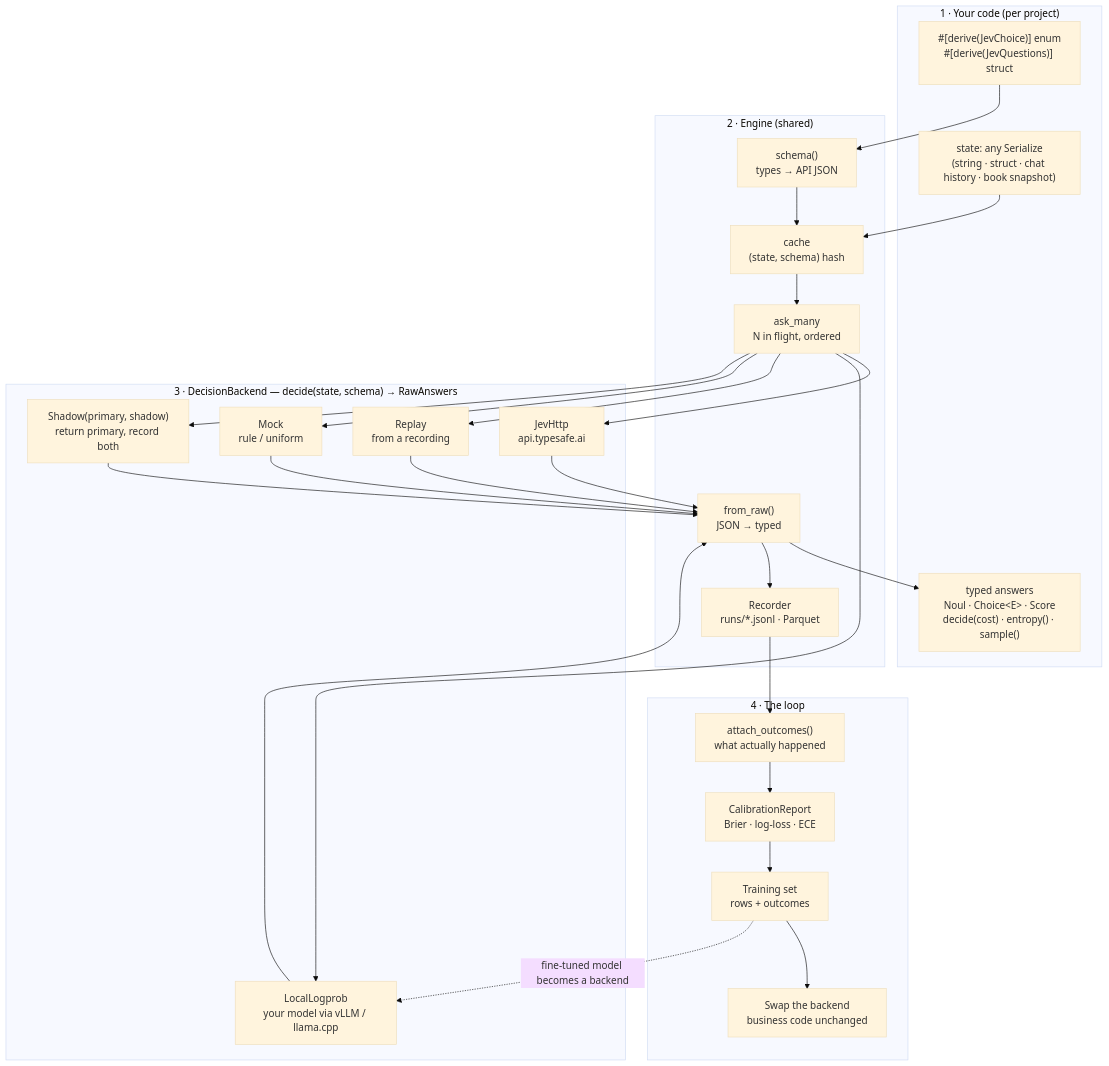
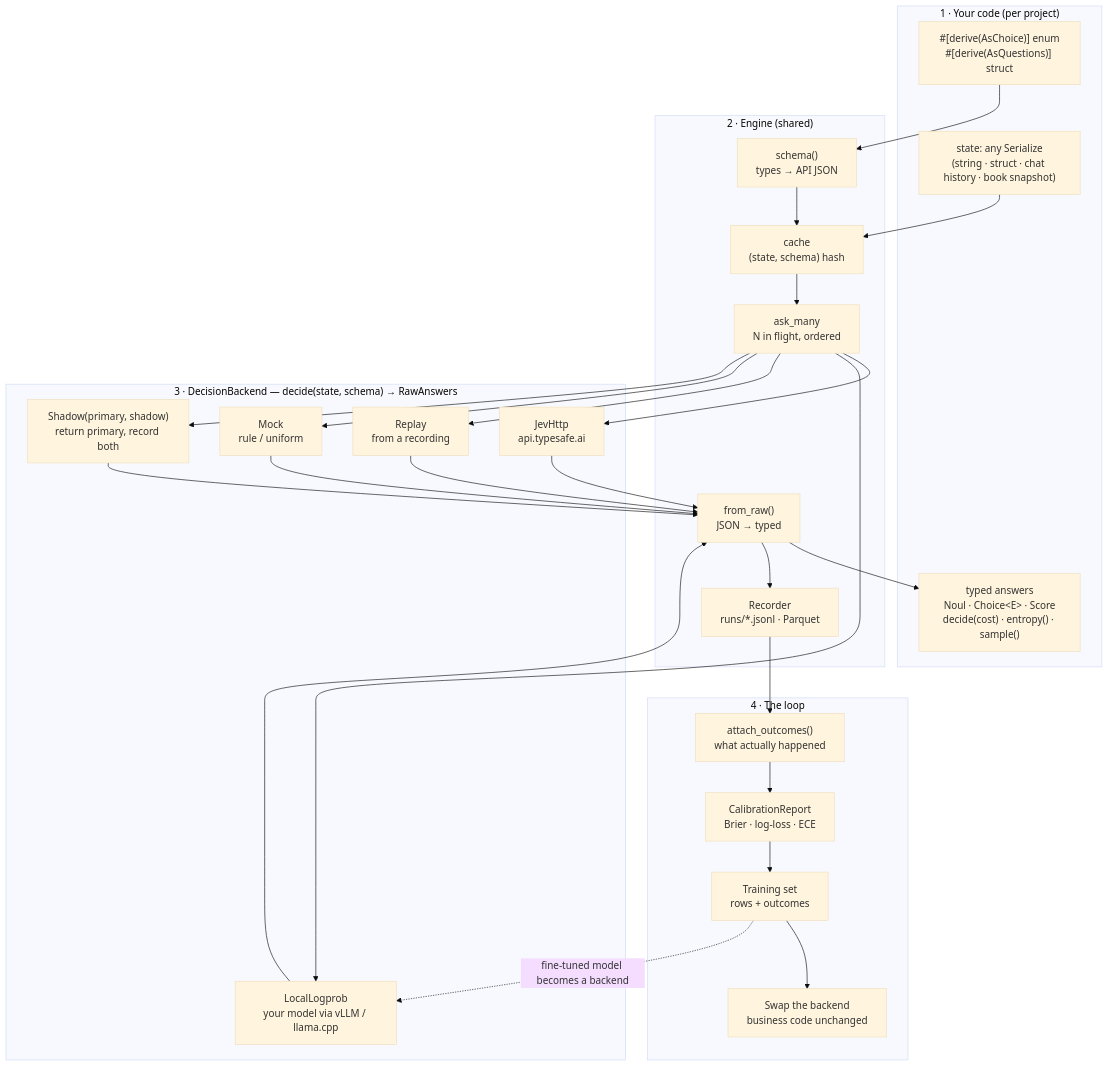
Before and after one commit to heyaozh/system-one: the diagram in docs/architecture.md, drawn with Mermaid (base theme). The commit also changed 30 other files, not shown here.

````diff
--- a/docs/architecture.md
+++ b/docs/architecture.md
@@ -7,37 +7,37 @@
 ```mermaid
 flowchart TB
     subgraph YOU["1 · Your code (per project)"]
-        T["#[derive(JevChoice)] enum<br/>#[derive(JevQuestions)] struct"]
+        T["#[derive(AsChoice)] enum<br/>#[derive(AsQuestions)] struct"]
         S["state: any Serialize<br/>(string · struct · chat history · book snapshot)"]
         D["typed answers<br/>Noul · Choice&lt;E&gt; · Score<br/>decide(cost) · entropy() · sample()"]
     end
 
     subgraph ENGINE["2 · Engine (shared)"]
         SCH["schema()<br/>types → API JSON"]
         CACHE["cache<br/>(state, schema) hash"]
         MANY["ask_many<br/>N in flight, ordered"]
         RAW["from_raw()<br/>JSON → typed"]
         REC["Recorder<br/>runs/*.jsonl · Parquet"]
     end
 
     subgraph BE["3 · DecisionBackend — decide(state, schema) → RawAnswers"]
         HTTP["JevHttp<br/>api.typesafe.ai"]
         LOCAL["LocalLogprob<br/>your model via vLLM / llama.cpp"]
         REPLAY["Replay<br/>from a recording"]
         MOCK["Mock<br/>rule / uniform"]
         SHADOW["Shadow(primary, shadow)<br/>return primary, record both"]
     end
 
     subgraph LOOP["4 · The loop"]
         OUT["attach_outcomes()<br/>what actually happened"]
         CAL["CalibrationReport<br/>Brier · log-loss · ECE"]
         TRAIN["Training set<br/>rows + outcomes"]
         SWAP["Swap the backend<br/>business code unchanged"]
     end
 
     T --> SCH --> CACHE --> MANY --> HTTP & LOCAL & REPLAY & MOCK & SHADOW
     S --> CACHE
     HTTP & LOCAL & REPLAY & MOCK & SHADOW --> RAW --> D
     RAW --> REC --> OUT --> CAL --> TRAIN --> SWAP
     TRAIN -. "fine-tuned model becomes a backend" .-> LOCAL
 ```
````
